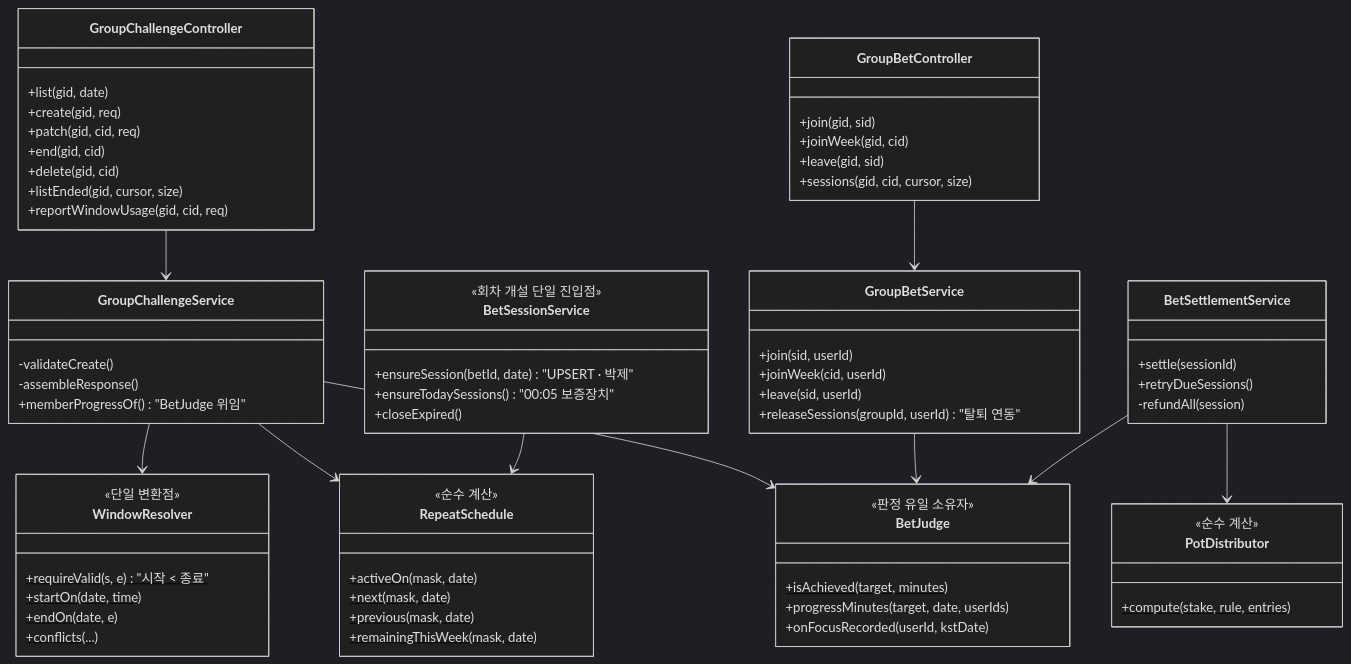
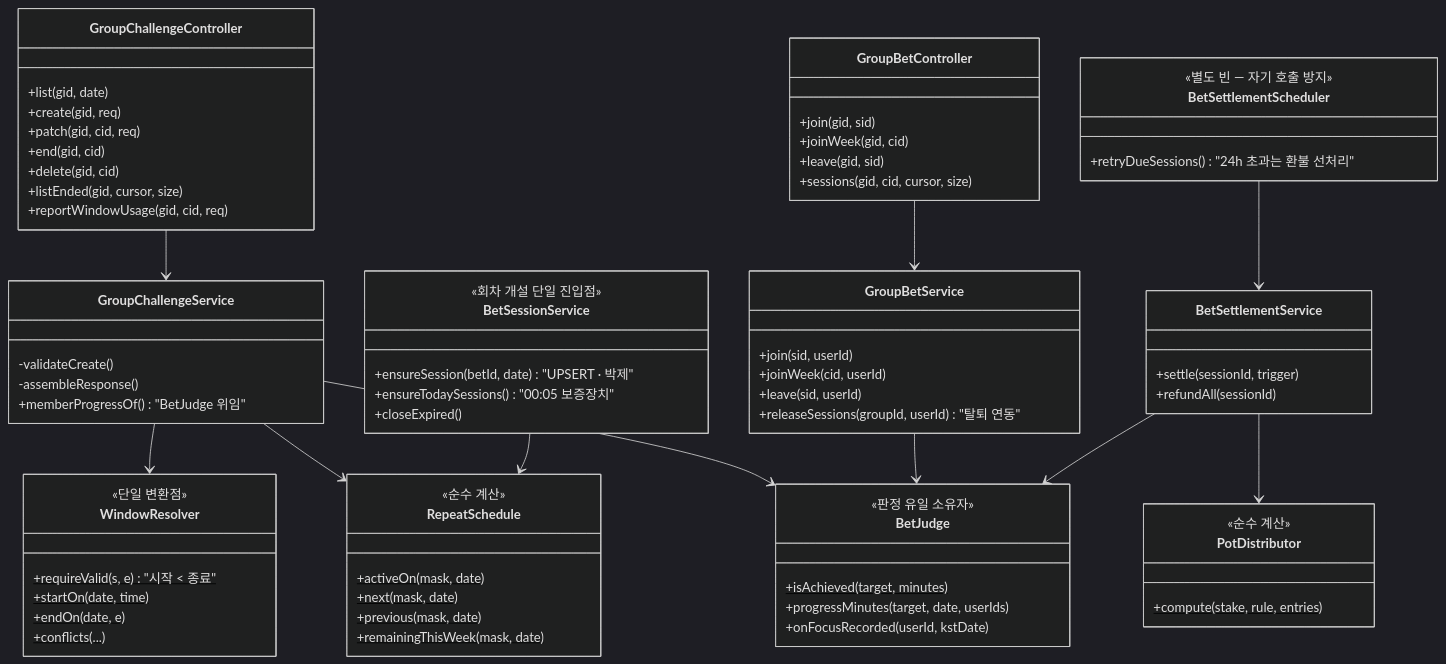
The fifth of 5 diagrams in docs/prd/challenge/low-level-design.md (OneOrThree/phone), drawn with Mermaid (dark theme) before and after one commit. The commit also changed other lines of this file and 5 other files, not shown here.

````diff
--- a/docs/prd/challenge/low-level-design.md
+++ b/docs/prd/challenge/low-level-design.md
@@ -801,74 +867,78 @@
 ```mermaid
 classDiagram
     class GroupChallengeController {
         +list(gid, date)
         +create(gid, req)
         +patch(gid, cid, req)
         +end(gid, cid)
         +delete(gid, cid)
         +listEnded(gid, cursor, size)
         +reportWindowUsage(gid, cid, req)
     }
     class GroupBetController {
         +join(gid, sid)
         +joinWeek(gid, cid)
         +leave(gid, sid)
         +sessions(gid, cid, cursor, size)
     }
     class GroupChallengeService {
         -validateCreate()
         -assembleResponse()
         +memberProgressOf() "BetJudge 위임"
     }
     class BetSessionService {
         <<회차 개설 단일 진입점>>
         +ensureSession(betId, date) "UPSERT · 박제"
         +ensureTodaySessions() "00:05 보증장치"
         +closeExpired()
     }
     class GroupBetService {
         +join(sid, userId)
         +joinWeek(cid, userId)
         +leave(sid, userId)
         +releaseSessions(groupId, userId) "탈퇴 연동"
     }
     class BetSettlementService {
-        +settle(sessionId)
-        +retryDueSessions()
-        -refundAll(session)
+        +settle(sessionId, trigger)
+        +refundAll(sessionId)
+    }
+    class BetSettlementScheduler {
+        <<별도 빈 — 자기 호출 방지>>
+        +retryDueSessions() "24h 초과는 환불 선처리"
     }
     class BetJudge {
         <<판정 유일 소유자>>
         +isAchieved(target, minutes)$
         +progressMinutes(target, date, userIds)
         +onFocusRecorded(userId, kstDate)
     }
     class PotDistributor {
         <<순수 계산>>
         +compute(stake, rule, entries)$
     }
     class RepeatSchedule {
         <<순수 계산>>
         +activeOn(mask, date)$
         +next(mask, date)$
         +previous(mask, date)$
         +remainingThisWeek(mask, date)$
     }
     class WindowResolver {
         <<단일 변환점>>
         +requireValid(s, e)$ "시작 < 종료"
         +startOn(date, time)$
         +endOn(date, e)$
         +conflicts(...)$
     }
 
     GroupChallengeController --> GroupChallengeService
     GroupBetController --> GroupBetService
     GroupChallengeService --> BetJudge
     GroupChallengeService --> RepeatSchedule
     GroupChallengeService --> WindowResolver
     BetSessionService --> RepeatSchedule
     GroupBetService --> BetJudge
+    BetSettlementScheduler --> BetSettlementService
     BetSettlementService --> BetJudge
     BetSettlementService --> PotDistributor
 ```
````
